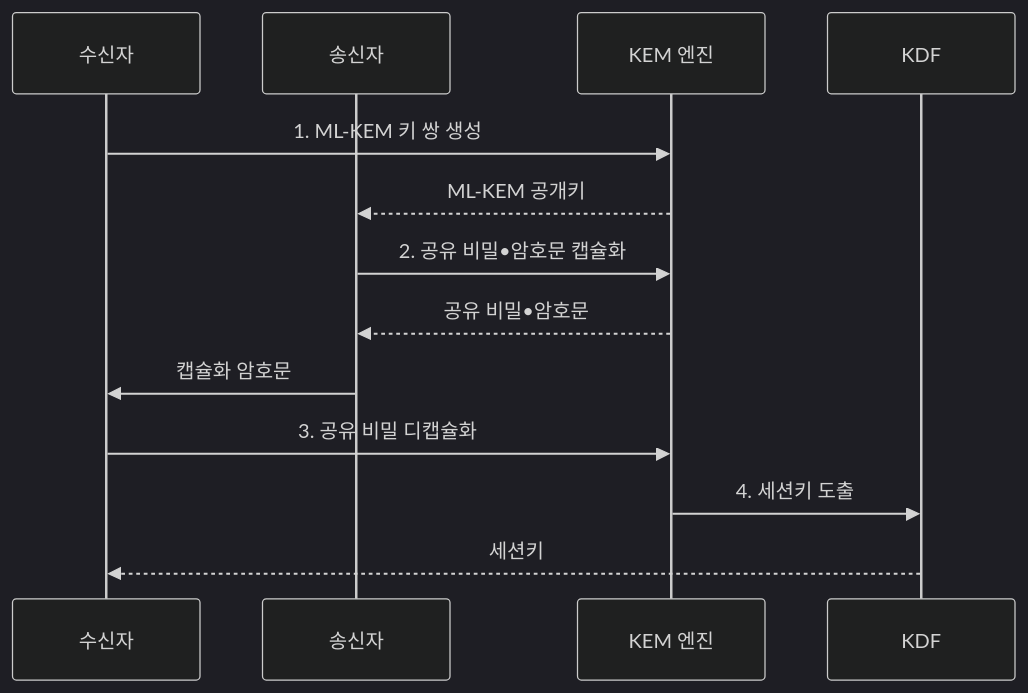
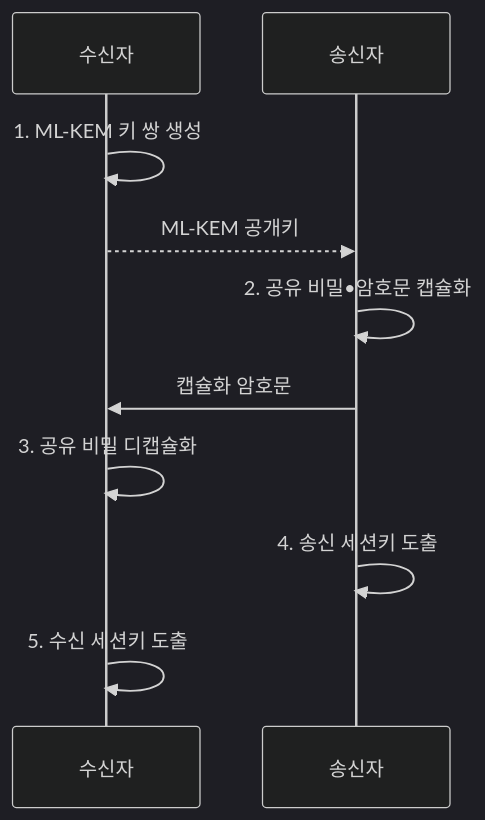
One commit to agnusdei1207/knowledge-base changed the second of 2 diagrams in src/content/docs/notes/05-security/012_post_quantum_cryptography.md. Above: the diagram before and after it, drawn with Mermaid (dark theme). The commit also changed other lines of this file and 7 other files, not shown here.

````diff
--- a/src/content/docs/notes/05-security/012_post_quantum_cryptography.md
+++ b/src/content/docs/notes/05-security/012_post_quantum_cryptography.md
@@ -107,15 +107,12 @@
 ```mermaid
 sequenceDiagram
     participant R as 수신자
     participant S as 송신자
-    participant K as KEM 엔진
-    participant D as KDF
-    R->>K: 1. ML-KEM 키 쌍 생성
-    K-->>S: ML-KEM 공개키
-    S->>K: 2. 공유 비밀•암호문 캡슐화
-    K-->>S: 공유 비밀•암호문
+    R->>R: 1. ML-KEM 키 쌍 생성
+    R-->>S: ML-KEM 공개키
+    S->>S: 2. 공유 비밀•암호문 캡슐화
     S->>R: 캡슐화 암호문
-    R->>K: 3. 공유 비밀 디캡슐화
-    K->>D: 4. 세션키 도출
-    D-->>R: 세션키
+    R->>R: 3. 공유 비밀 디캡슐화
+    S->>S: 4. 송신 세션키 도출
+    R->>R: 5. 수신 세션키 도출
 ```
````
